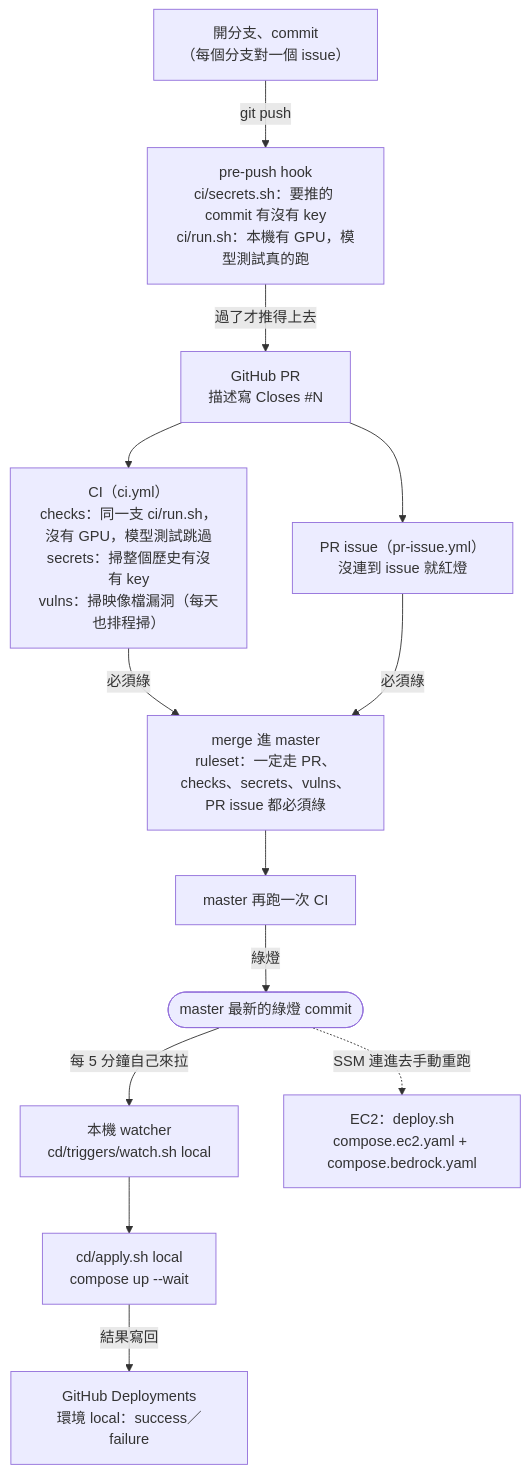
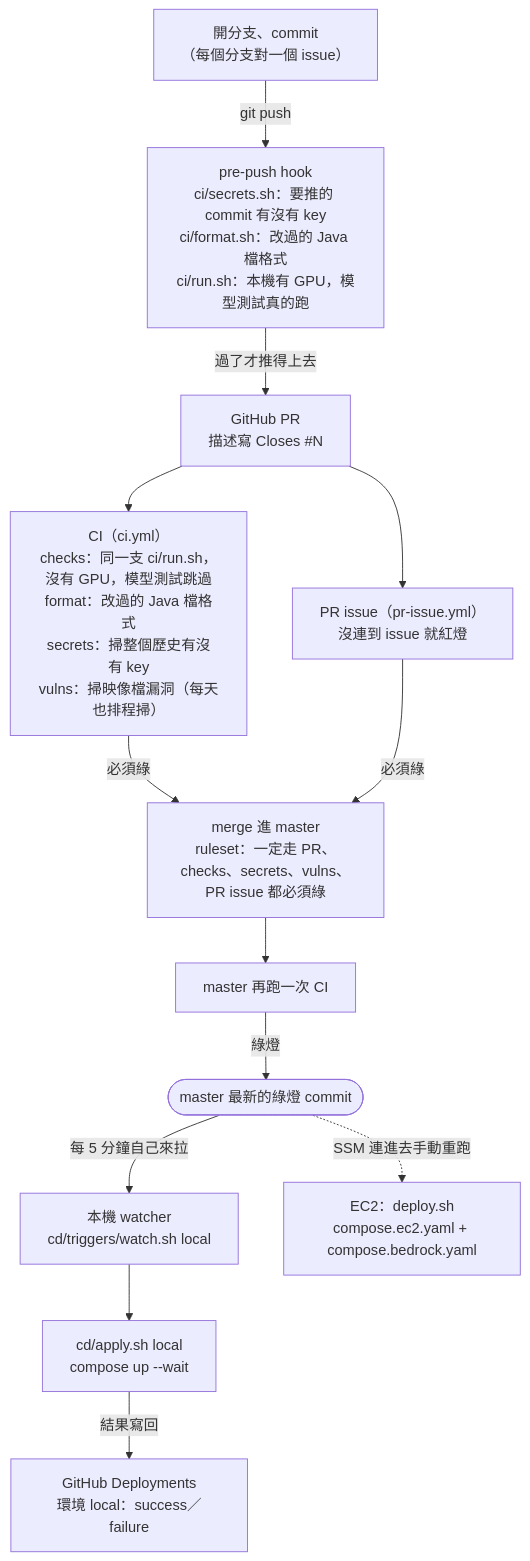
One commit to Anderson-chen/talkcal changed the fifth of 5 diagrams in docs/architecture.md. Above: the diagram before and after it, drawn with Mermaid. The commit also changed other lines of this file and 2 other files, not shown here.

Commit message:
[docs] 格式與 lint：選型理由、用法、CI 流程圖（#22）
ci/README.md 新增「格式與 lint」：每個工具擋什麼、範圍、在哪跑；為什麼 Java 只看改過的檔案而前端整個排好；
palantir vs google-java-format、Error Prone vs SpotBugs／Checkstyle、ESLint + Prettier vs Biome／oxlint 的取捨（2026-10 查的）。
docs/architecture.md 的 CI/CD 流程圖和關卡表加上 format；web/README.md 補指令。

````diff
--- a/docs/architecture.md
+++ b/docs/architecture.md
@@ -94,15 +94,15 @@
 ```mermaid
 flowchart TB
-    dev["開分支、commit<br/>（每個分支對一個 issue）"] -->|"git push"| hook["pre-push hook<br/>ci/secrets.sh：要推的 commit 有沒有 key<br/>ci/run.sh：本機有 GPU，模型測試真的跑"]
+    dev["開分支、commit<br/>（每個分支對一個 issue）"] -->|"git push"| hook["pre-push hook<br/>ci/secrets.sh：要推的 commit 有沒有 key<br/>ci/format.sh：改過的 Java 檔格式<br/>ci/run.sh：本機有 GPU，模型測試真的跑"]
     hook -->|"過了才推得上去"| pr["GitHub PR<br/>描述寫 Closes #N"]
-    pr --> ci["CI（ci.yml）<br/>checks：同一支 ci/run.sh，沒有 GPU，模型測試跳過<br/>secrets：掃整個歷史有沒有 key<br/>vulns：掃映像檔漏洞（每天也排程掃）"]
+    pr --> ci["CI（ci.yml）<br/>checks：同一支 ci/run.sh，沒有 GPU，模型測試跳過<br/>format：改過的 Java 檔格式<br/>secrets：掃整個歷史有沒有 key<br/>vulns：掃映像檔漏洞（每天也排程掃）"]
     pr --> prissue["PR issue（pr-issue.yml）<br/>沒連到 issue 就紅燈"]
     ci -->|"必須綠"| merge["merge 進 master<br/>ruleset：一定走 PR、checks、secrets、vulns、PR issue 都必須綠"]
     prissue -->|"必須綠"| merge
     merge --> masterci["master 再跑一次 CI"]
     masterci -->|"綠燈"| green(["master 最新的綠燈 commit"])
     green -->|"每 5 分鐘自己來拉"| watch["本機 watcher<br/>cd/triggers/watch.sh local"]
     watch --> applyl["cd/apply.sh local<br/>compose up --wait"]
     applyl -->|"結果寫回"| deployments["GitHub Deployments<br/>環境 local：success／failure"]
     green -.->|"SSM 連進去手動重跑"| ec2["EC2：deploy.sh<br/>compose.ec2.yaml + compose.bedrock.yaml"]
 ```
````
